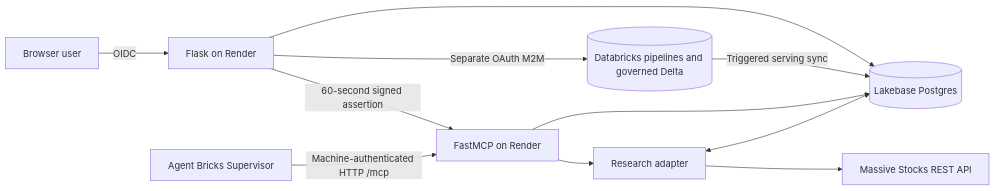
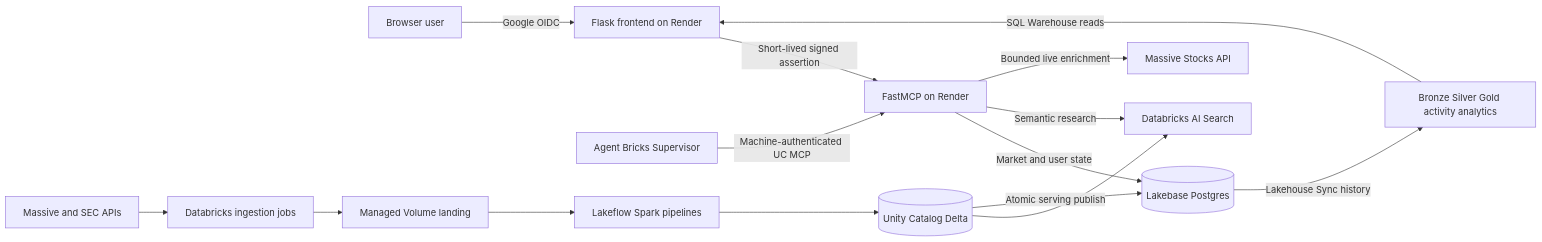
One commit to srinivas-malyala/signal-desk-market-research changed the diagram in README.md. Above: the diagram before and after it, drawn with Mermaid. The commit also changed other lines of this file and 12 other files, not shown here.

````diff
--- a/README.md
+++ b/README.md
@@ -31,13 +39,19 @@
 ```mermaid
 flowchart LR
-  U[Browser user] -->|OIDC| F[Flask on Render]
-  F -->|60-second signed assertion| M[FastMCP on Render]
-  A[Agent Bricks Supervisor] -->|Machine-authenticated HTTP /mcp| M
-  M --> B[Research adapter]
-  B --> X[Massive Stocks REST API]
-  B <--> L[(Lakebase Postgres)]
-  M --> L
-  D[(Databricks pipelines and governed Delta)] -->|Triggered serving sync| L
-  F -->|Separate OAuth M2M| D
-  F --> L
+  U[Browser user] -->|Google OIDC| F[Flask frontend on Render]
+  F -->|Short-lived signed assertion| M[FastMCP on Render]
+  S[Agent Bricks Supervisor] -->|Machine-authenticated UC MCP| M
+
+  M -->|Market and user state| L[(Lakebase Postgres)]
+  M -->|Semantic research| V[Databricks AI Search]
+  M -->|Bounded live enrichment| P[Massive Stocks API]
+
+  P2[Massive and SEC APIs] --> I[Databricks ingestion jobs]
+  I --> R[Managed Volume landing]
+  R --> D[Lakeflow Spark pipelines]
+  D --> C[(Unity Catalog Delta)]
+  C --> V
+  C -->|Atomic serving publish| L
+  L -->|Lakehouse Sync history| A[Bronze Silver Gold activity analytics]
+  A -->|SQL Warehouse reads| F
 ```
````
